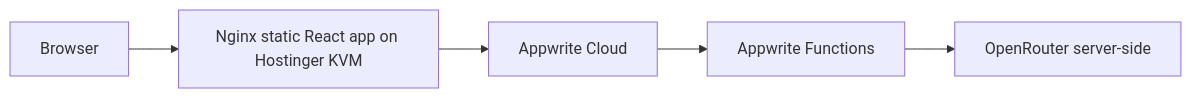
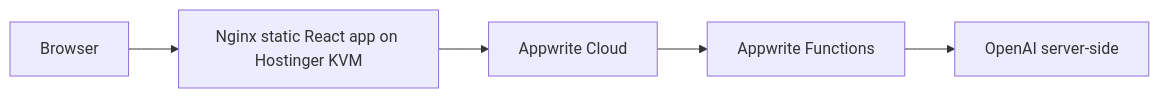
The diagram in deployment/README.md (heytaha14/msme-pilot-mvp), drawn with Mermaid before and after one commit. The commit also changed other lines of this file and 20 other files, not shown here.

Commit message:
Migrate AI functions fully to OpenAI

````diff
--- a/deployment/README.md
+++ b/deployment/README.md
@@ -11,7 +11,7 @@
 ```mermaid
 flowchart LR
   Browser["Browser"] --> Nginx["Nginx static React app on Hostinger KVM"]
   Nginx --> Appwrite["Appwrite Cloud"]
   Appwrite --> Functions["Appwrite Functions"]
-  Functions --> OpenRouter["OpenRouter server-side"]
+  Functions --> OpenAI["OpenAI server-side"]
 ```
````
